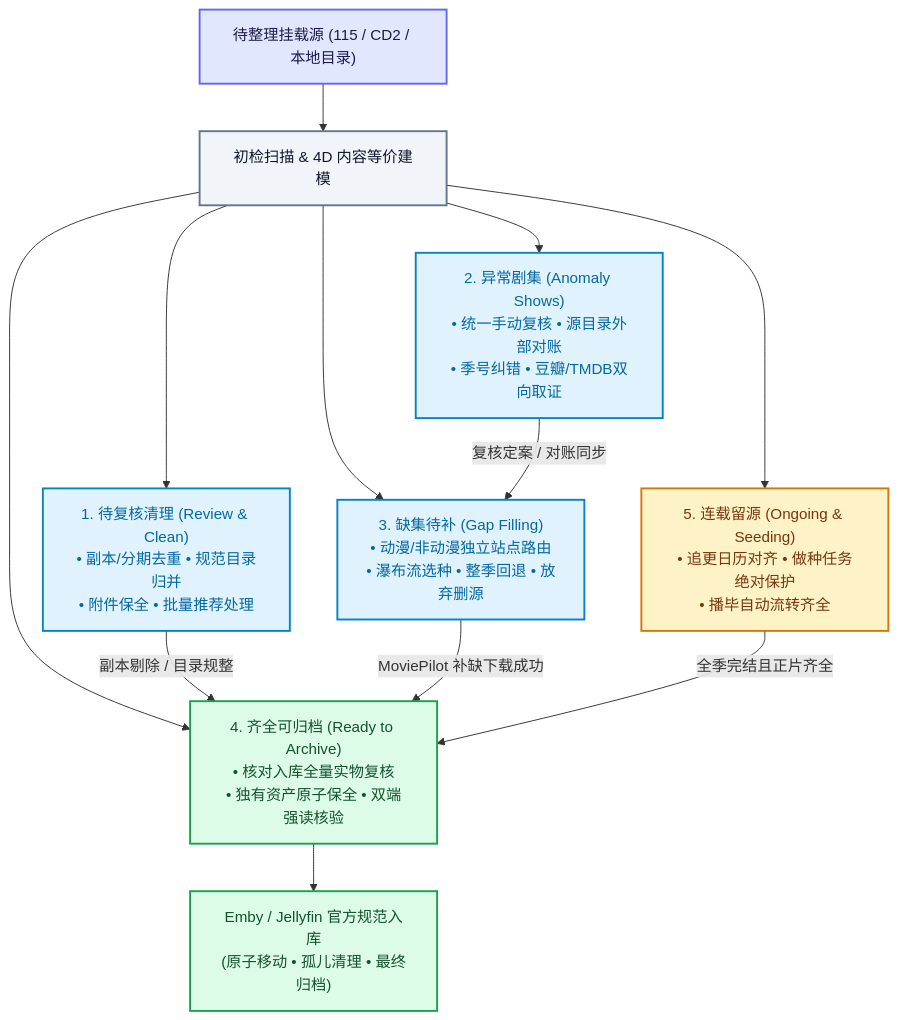
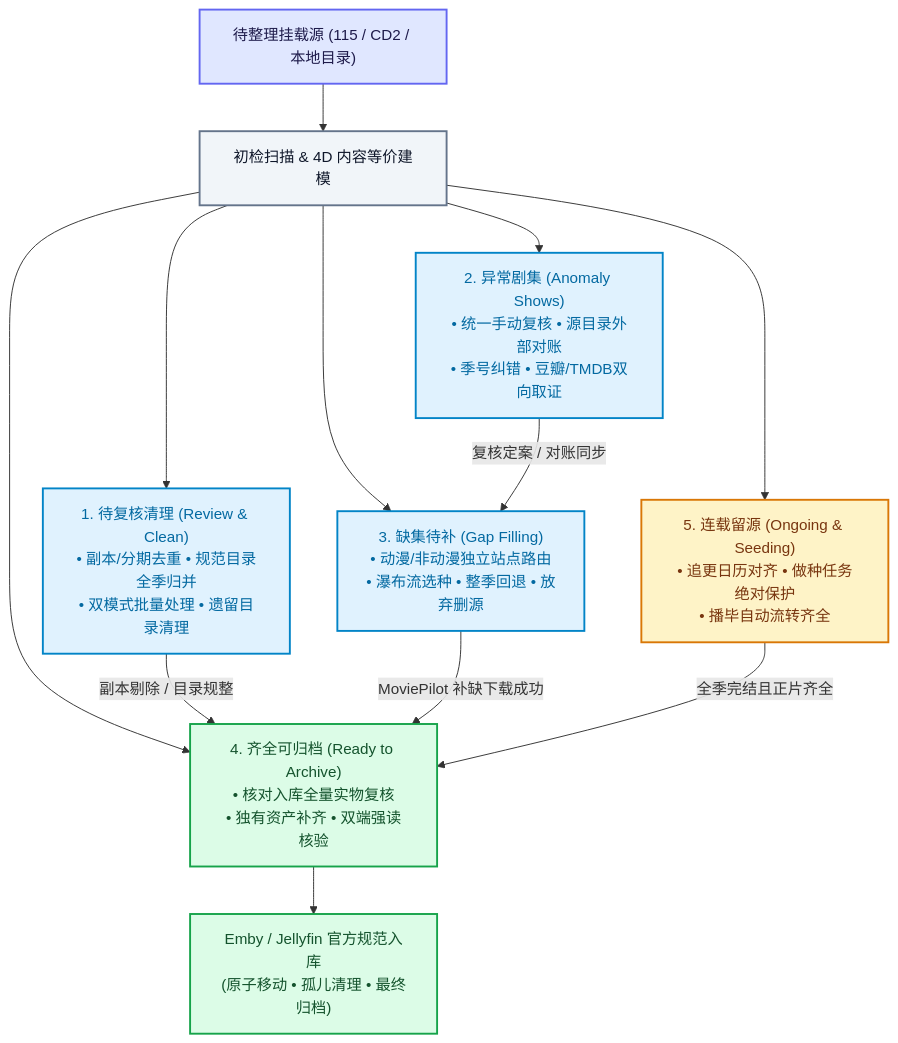
One commit to hailanbb/media-tools changed the diagram in README.md. Above: the diagram before and after it, drawn with Mermaid. The commit also changed other lines of this file and 30 other files, not shown here.

````diff
--- a/README.md
+++ b/README.md
@@ -47,23 +47,23 @@
 ```mermaid
 flowchart TD
     classDef source fill:#e0e7ff,stroke:#6366f1,stroke-width:2px,color:#1e1b4b;
     classDef process fill:#f1f5f9,stroke:#64748b,stroke-width:2px,color:#0f172a;
     classDef module fill:#e0f2fe,stroke:#0284c7,stroke-width:2px,color:#0369a1;
     classDef archive fill:#dcfce7,stroke:#16a34a,stroke-width:2px,color:#14532d;
     classDef safe fill:#fef3c7,stroke:#d97706,stroke-width:2px,color:#78350f;
 
     SRC["待整理挂载源 (115 / CD2 / 本地目录)"]:::source --> SCAN["初检扫描 & 4D 内容等价建模"]:::process
 
-    SCAN --> MOD1["1. 待复核清理 (Review & Clean)<br/>• 副本/分期去重 • 规范目录归并<br/>• 附件保全 • 批量推荐处理"]:::module
+    SCAN --> MOD1["1. 待复核清理 (Review & Clean)<br/>• 副本/分期去重 • 规范目录全季归并<br/>• 双模式批量处理 • 遗留目录清理"]:::module
     SCAN --> MOD2["2. 异常剧集 (Anomaly Shows)<br/>• 统一手动复核 • 源目录外部对账<br/>• 季号纠错 • 豆瓣/TMDB双向取证"]:::module
     SCAN --> MOD3["3. 缺集待补 (Gap Filling)<br/>• 动漫/非动漫独立站点路由<br/>• 瀑布流选种 • 整季回退 • 放弃删源"]:::module
-    SCAN --> MOD4["4. 齐全可归档 (Ready to Archive)<br/>• 核对入库全量实物复核<br/>• 独有资产原子保全 • 双端强读核验"]:::archive
+    SCAN --> MOD4["4. 齐全可归档 (Ready to Archive)<br/>• 核对入库全量实物复核<br/>• 独有资产补齐 • 双端强读核验"]:::archive
     SCAN --> MOD5["5. 连载留源 (Ongoing & Seeding)<br/>• 追更日历对齐 • 做种任务绝对保护<br/>• 播毕自动流转齐全"]:::safe
 
     MOD1 -->|副本剔除 / 目录规整| MOD4
     MOD2 -->|复核定案 / 对账同步| MOD3
     MOD3 -->|MoviePilot 补缺下载成功| MOD4
     MOD5 -->|全季完结且正片齐全| MOD4
 
     MOD4 --> FINISH["Emby / Jellyfin 官方规范入库<br/>(原子移动 • 孤儿清理 • 最终归档)"]:::archive
 ```
````
